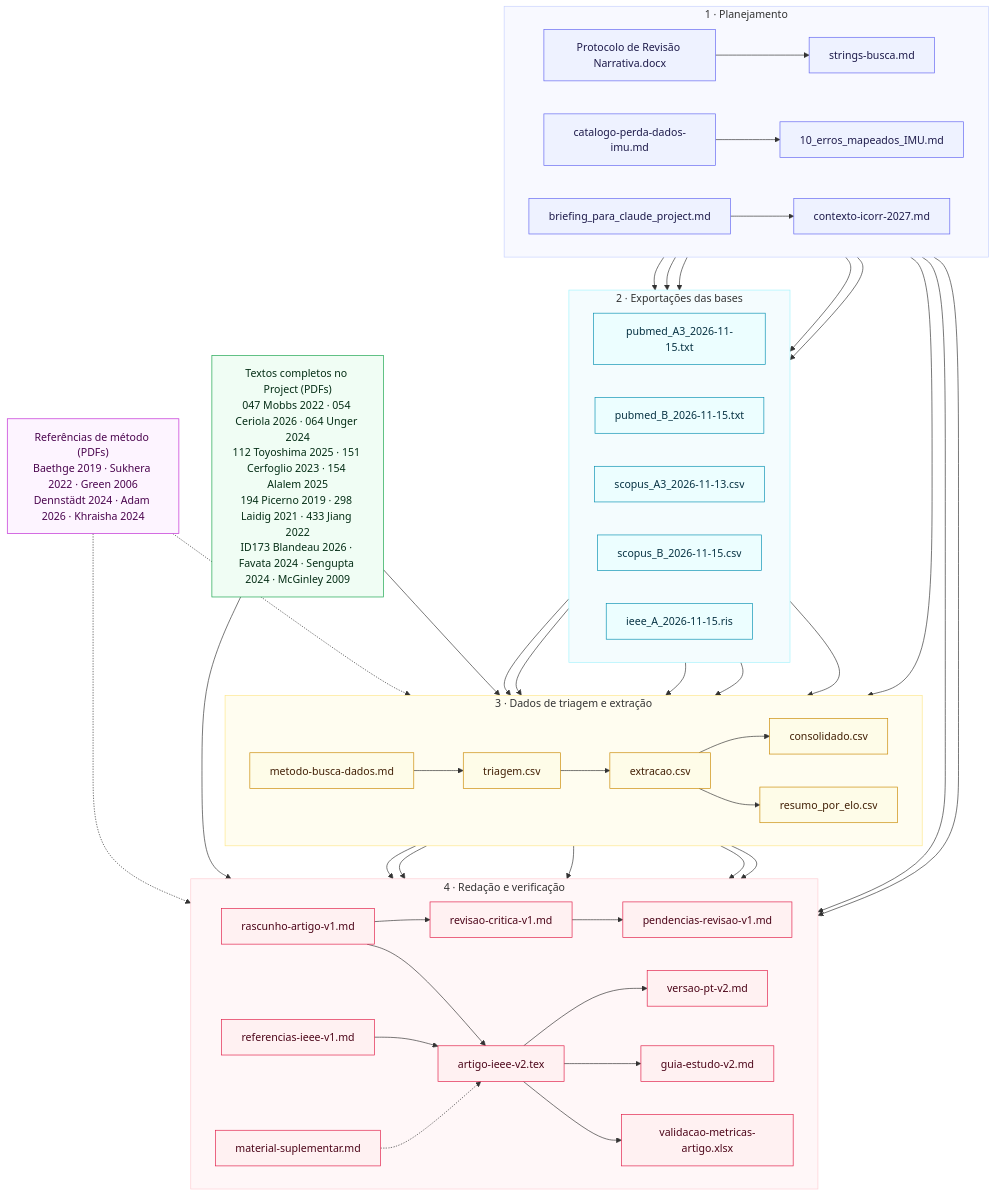
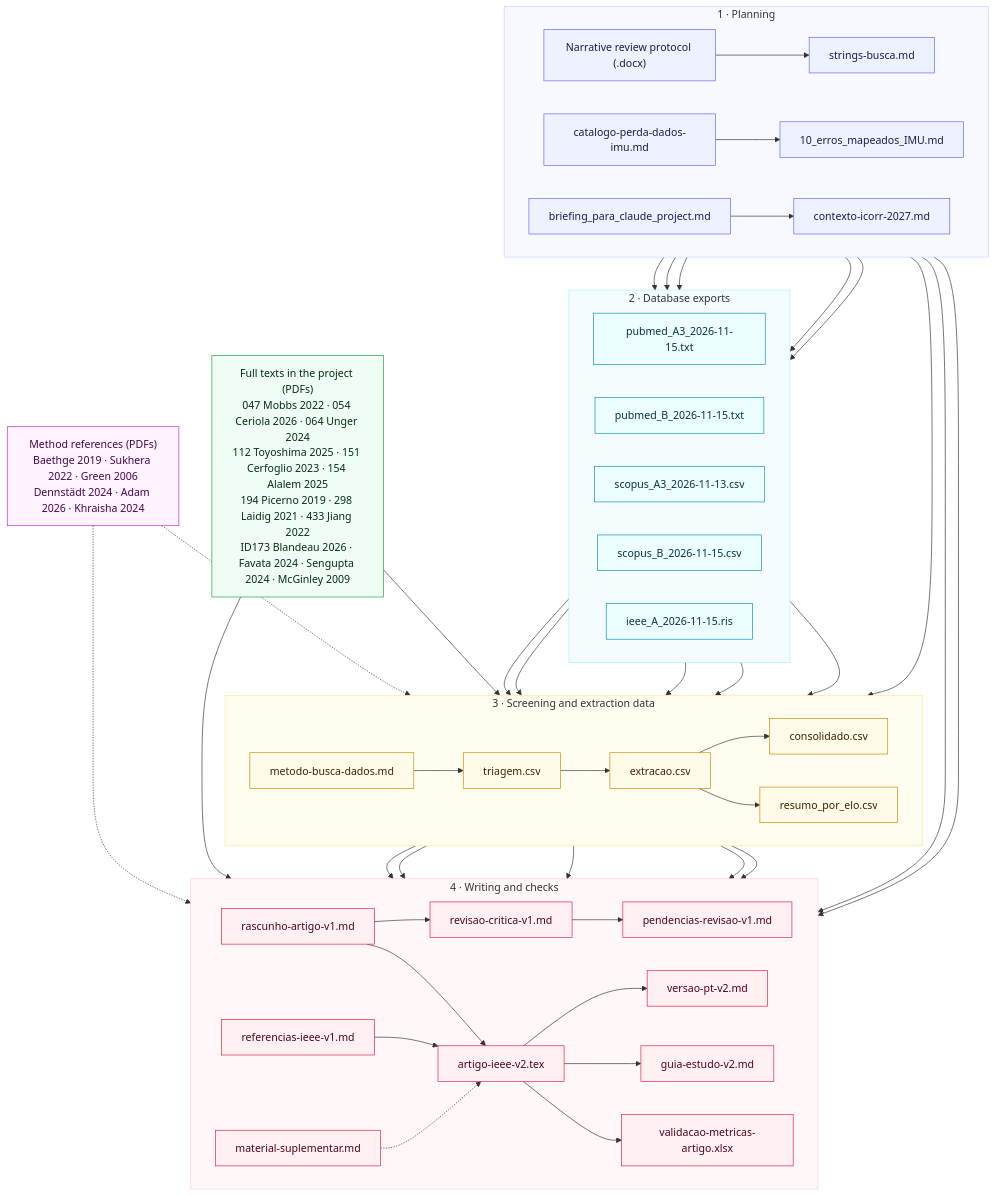
The diagram in diagram/arquivos-do-artigo.mmd (lara-unb/imu-clinical-bottlenecks), drawn with Mermaid before and after one commit. The commit also changed 1 other file, not shown here.

Commit message:
materiarl suplementar- diagramas em inglês

```diff
--- a/diagram/arquivos-do-artigo.mmd
+++ b/diagram/arquivos-do-artigo.mmd
@@ -1,80 +1,80 @@
 flowchart TB
-  subgraph P["1 · Planejamento"]
+  subgraph P["1 · Planning"]
     direction LR
-    PROT["Protocolo de Revisão Narrativa.docx"]
+    PROT["Narrative review protocol (.docx)"]
     BRI["briefing_para_claude_project.md"]
     CTX["contexto-icorr-2027.md"]
     CAT["catalogo-perda-dados-imu.md"]
     ERR["10_erros_mapeados_IMU.md"]
     STR["strings-busca.md"]
   end
-  subgraph E["2 · Exportações das bases"]
+  subgraph E["2 · Database exports"]
     direction LR
     PMA["pubmed_A3_2026-11-15.txt"]
     PMB["pubmed_B_2026-11-15.txt"]
     SCA["scopus_A3_2026-11-13.csv"]
     SCB["scopus_B_2026-11-15.csv"]
     IEA["ieee_A_2026-11-15.ris"]
   end
-  subgraph D["3 · Dados de triagem e extração"]
+  subgraph D["3 · Screening and extraction data"]
     direction LR
     MET["metodo-busca-dados.md"]
     TRI["triagem.csv"]
     EXT["extracao.csv"]
     CON["consolidado.csv"]
     RES["resumo_por_elo.csv"]
   end
-  FT["Textos completos no Project (PDFs)<br/>047 Mobbs 2022 · 054 Ceriola 2026 · 064 Unger 2024<br/>112 Toyoshima 2025 · 151 Cerfoglio 2023 · 154 Alalem 2025<br/>194 Picerno 2019 · 298 Laidig 2021 · 433 Jiang 2022<br/>ID173 Blandeau 2026 · Favata 2024 · Sengupta 2024 · McGinley 2009"]
-  METH["Referências de método (PDFs)<br/>Baethge 2019 · Sukhera 2022 · Green 2006<br/>Dennstädt 2024 · Adam 2026 · Khraisha 2024"]
-  subgraph W["4 · Redação e verificação"]
+  FT["Full texts in the project (PDFs)<br/>047 Mobbs 2022 · 054 Ceriola 2026 · 064 Unger 2024<br/>112 Toyoshima 2025 · 151 Cerfoglio 2023 · 154 Alalem 2025<br/>194 Picerno 2019 · 298 Laidig 2021 · 433 Jiang 2022<br/>ID173 Blandeau 2026 · Favata 2024 · Sengupta 2024 · McGinley 2009"]
+  METH["Method references (PDFs)<br/>Baethge 2019 · Sukhera 2022 · Green 2006<br/>Dennstädt 2024 · Adam 2026 · Khraisha 2024"]
+  subgraph W["4 · Writing and checks"]
     direction LR
     RAS["rascunho-artigo-v1.md"]
     REV["revisao-critica-v1.md"]
     PEN["pendencias-revisao-v1.md"]
     REF["referencias-ieee-v1.md"]
     TEX["artigo-ieee-v2.tex"]
     PT["versao-pt-v2.md"]
     GUI["guia-estudo-v2.md"]
     VAL["validacao-metricas-artigo.xlsx"]
     SUP["material-suplementar.md"]
   end
   PROT --> STR
   STR --> PMA & PMB & SCA & SCB & IEA
   PMA & PMB & SCA & SCB & IEA --> MET
   MET --> TRI
   METH -.-> TRI
   TRI --> EXT
   FT --> EXT
   CAT --> ERR --> EXT
   EXT --> CON
   EXT --> RES
   EXT --> RAS
   RES --> RAS
   BRI --> CTX --> RAS
   METH -.-> RAS
   RAS --> REV --> PEN
   RAS --> TEX
   REF --> TEX
   TEX --> PT & GUI & VAL
   EXT --> VAL
   FT --> VAL
   STR --> SUP
   MET --> SUP
   TRI --> SUP
   SUP -.-> TEX
   classDef plan fill:#eef2ff,stroke:#6366f1,color:#1e1b4b
   classDef meth fill:#fdf4ff,stroke:#c026d3,color:#4a044e
   classDef exp fill:#ecfeff,stroke:#0891b2,color:#083344
   classDef dat fill:#fefce8,stroke:#ca8a04,color:#422006
   classDef full fill:#f0fdf4,stroke:#16a34a,color:#052e16
   classDef wr fill:#fff1f2,stroke:#e11d48,color:#4c0519
   class PROT,BRI,CTX,ERR,CAT,STR plan
   class METH meth
   class PMA,PMB,SCA,SCB,IEA exp
   class MET,CON,TRI,EXT,RES dat
   class FT full
   class RAS,REV,PEN,REF,TEX,PT,GUI,VAL,SUP wr
   style P fill:#f8f9ff,stroke:#c7d2fe
   style E fill:#f4fcfe,stroke:#a5f3fc
   style D fill:#fffdf0,stroke:#fde68a
   style W fill:#fff7f8,stroke:#fecdd3
```
